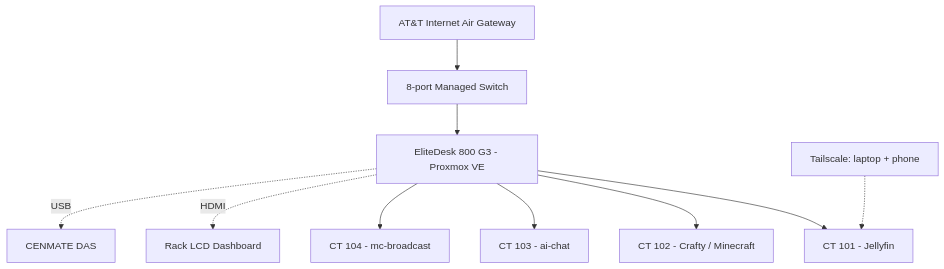
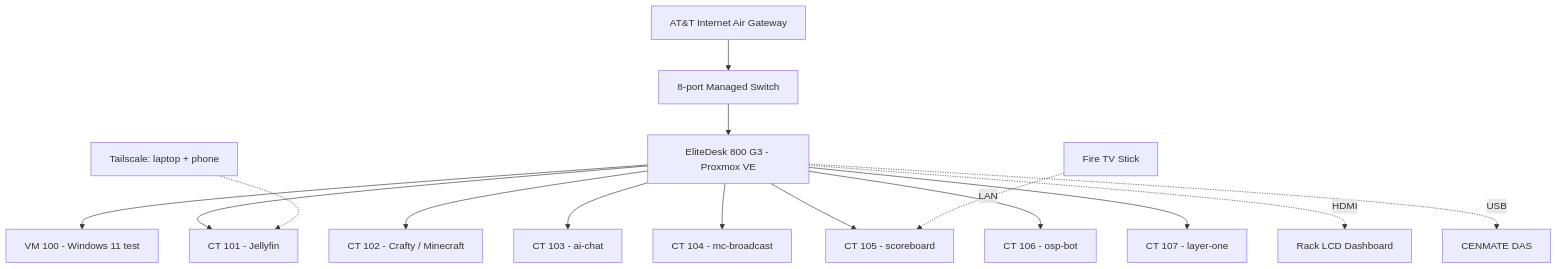
One commit to ethansnyderrr/The-Cloverdale-Network changed the first of 2 diagrams in network/topology.md. Above: the diagram before and after it, drawn with Mermaid. The commit also changed other lines of this file and 18 other files, not shown here.

Commit message:
Homelab update: CT 105–107, Windows VM, OPNsense firewall, roadmap

````diff
--- a/network/topology.md
+++ b/network/topology.md
@@ -5,12 +5,17 @@
 ```mermaid
 graph TD
     ISP[AT&T Internet Air Gateway] --> SW[8-port Managed Switch]
     SW --> PVE[EliteDesk 800 G3 - Proxmox VE]
+    PVE --> VM[VM 100 - Windows 11 test]
     PVE --> JF[CT 101 - Jellyfin]
     PVE --> MC[CT 102 - Crafty / Minecraft]
     PVE --> AI[CT 103 - ai-chat]
     PVE --> MB[CT 104 - mc-broadcast]
+    PVE --> SB[CT 105 - scoreboard]
+    PVE --> OSP[CT 106 - osp-bot]
+    PVE --> L1[CT 107 - layer-one]
     PVE -. HDMI .-> LCD[Rack LCD Dashboard]
     PVE -. USB .-> DAS[CENMATE DAS]
+    FTV[Fire TV Stick] -. LAN .-> SB
     TS[Tailscale: laptop + phone] -.-> JF
 ```
````
